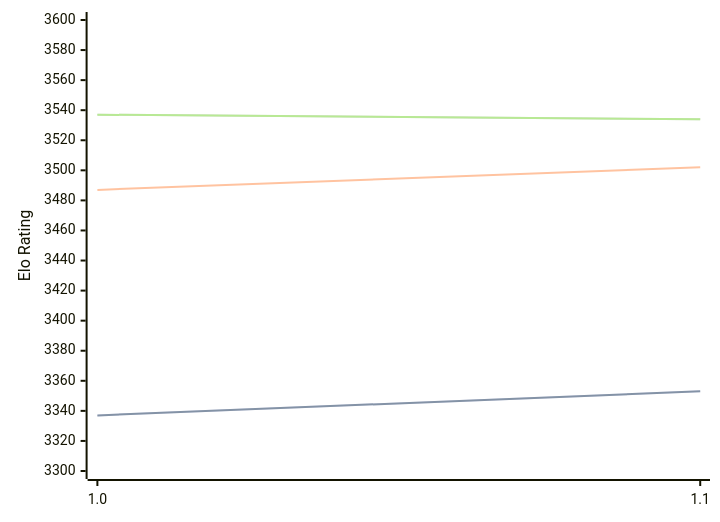
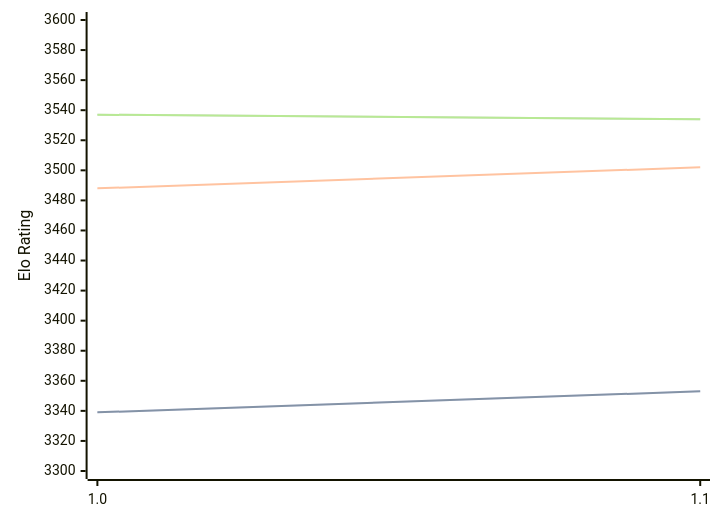
One commit to computer-chess-index/cci changed the diagram in engines/Horsie.md. Above: the diagram before and after it, drawn with Mermaid. The commit also changed other lines of this file, not shown here.

````diff
--- a/engines/Horsie.md
+++ b/engines/Horsie.md
@@ -32,11 +32,11 @@
 ```mermaid
 %%{init: {"theme":"base","themeVariables":{"seriesColors:['#a3a3a3','#222221','#faa371']}}}%%
 xychart-beta
   x-axis ["1.0", "1.1"]
   y-axis "Elo Rating" 3300 --> 3600
-  line "" [3337, 3353]
-  line "STC (8.0+0.08s)" [3337, 3353]
-  line "LTC (60.0+0.60s)" [3487, 3502]
+  line "" [3339, 3353]
+  line "STC (8.0+0.08s)" [3339, 3353]
+  line "LTC (60.0+0.60s)" [3488, 3502]
   line "" [3537, 3534]
   line "VLTC (2m24s+1.12s)" [3537, 3534]
 ```
````
